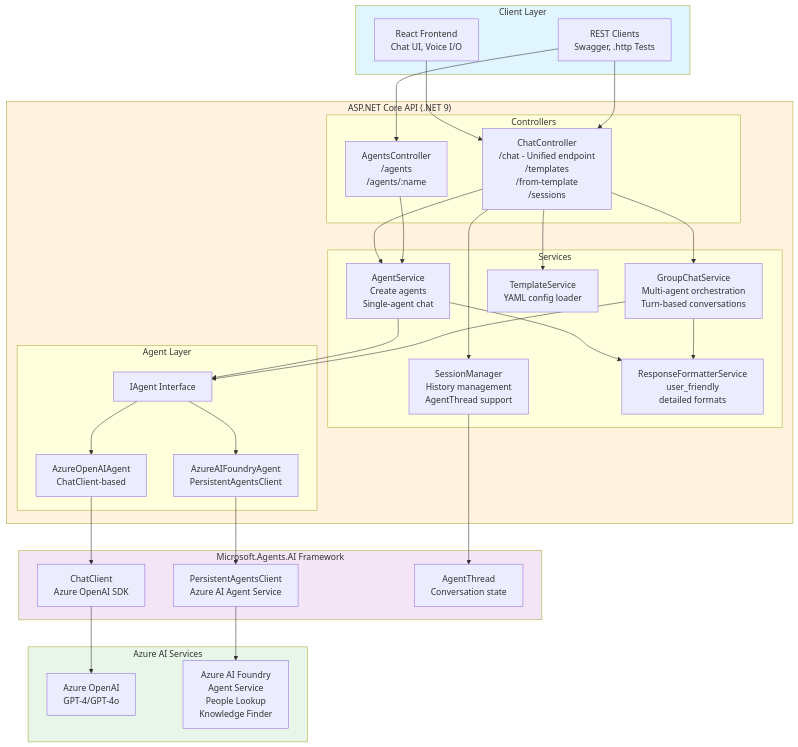
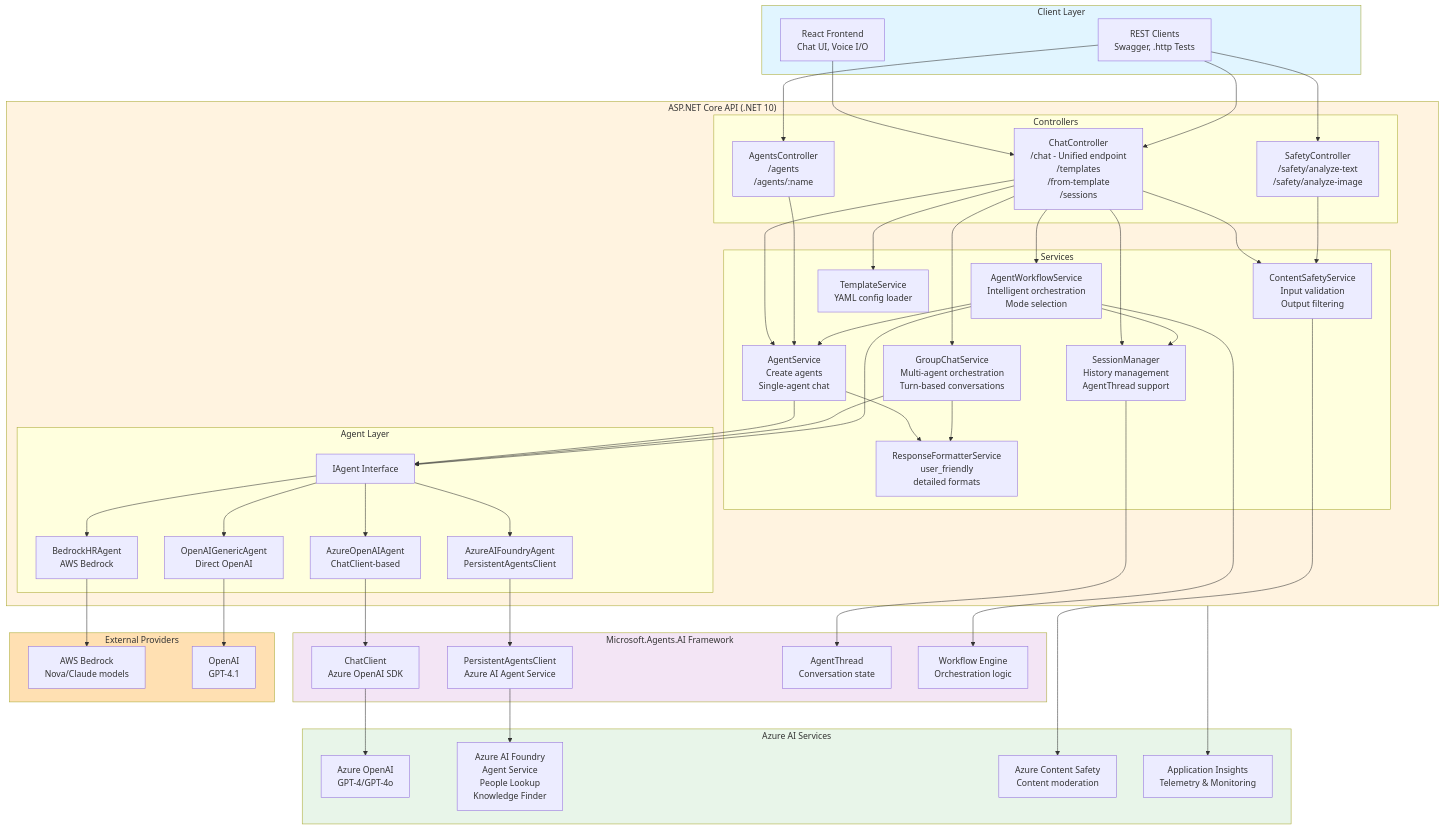
One commit to nhcloud/agentframework-workshop changed the first of 9 diagrams in Backend/dotnet/README.md. Above: the diagram before and after it, drawn with Mermaid. The commit also changed other lines of this file, not shown here.

````diff
--- a/Backend/dotnet/README.md
+++ b/Backend/dotnet/README.md
@@ -25,16 +56,19 @@
         HTTP[REST Clients<br/>Swagger, .http Tests]
     end
 
-    subgraph API["ASP.NET Core API (.NET 9)"]
+    subgraph API["ASP.NET Core API (.NET 10)"]
         subgraph Controllers
             ChatCtrl[ChatController<br/>/chat - Unified endpoint<br/>/templates<br/>/from-template<br/>/sessions]
             AgentCtrl[AgentsController<br/>/agents<br/>/agents/:name]
+            SafetyCtrl[SafetyController<br/>/safety/analyze-text<br/>/safety/analyze-image]
         end
         
         subgraph Services
             AgentSvc[AgentService<br/>Create agents<br/>Single-agent chat]
             GroupSvc[GroupChatService<br/>Multi-agent orchestration<br/>Turn-based conversations]
+            WorkflowSvc[AgentWorkflowService<br/>Intelligent orchestration<br/>Mode selection]
             SessionMgr[SessionManager<br/>History management<br/>AgentThread support]
+            ContentSafety[ContentSafetyService<br/>Input validation<br/>Output filtering]
             Formatter[ResponseFormatterService<br/>user_friendly<br/>detailed formats]
             Template[TemplateService<br/>YAML config loader]
         end
@@ -43,6 +77,8 @@
             IAgent[IAgent Interface]
             AzureOAI[AzureOpenAIAgent<br/>ChatClient-based]
             AzureFoundry[AzureAIFoundryAgent<br/>PersistentAgentsClient]
+            BedrockAgent[BedrockHRAgent<br/>AWS Bedrock]
+            OpenAIAgent[OpenAIGenericAgent<br/>Direct OpenAI]
         end
     end
     
@@ -50,41 +86,64 @@
         ChatClient[ChatClient<br/>Azure OpenAI SDK]
         PersistentClient[PersistentAgentsClient<br/>Azure AI Agent Service]
         AgentThread[AgentThread<br/>Conversation state]
+        Workflows[Workflow Engine<br/>Orchestration logic]
     end
     
     subgraph Azure["Azure AI Services"]
         OpenAI[Azure OpenAI<br/>GPT-4/GPT-4o]
         Foundry[Azure AI Foundry<br/>Agent Service<br/>People Lookup<br/>Knowledge Finder]
+        SafetyAPI[Azure Content Safety<br/>Content moderation]
+        AppInsights[Application Insights<br/>Telemetry & Monitoring]
+    end
+
+    subgraph ExternalProviders["External Providers"]
+        AWS[AWS Bedrock<br/>Nova/Claude models]
+        OpenAIDirect[OpenAI<br/>GPT-4.1]
     end
 
     UI --> ChatCtrl
     HTTP --> ChatCtrl
     HTTP --> AgentCtrl
+    HTTP --> SafetyCtrl
     
+    ChatCtrl --> WorkflowSvc
     ChatCtrl --> AgentSvc
     ChatCtrl --> GroupSvc
     ChatCtrl --> SessionMgr
     ChatCtrl --> Template
+    ChatCtrl --> ContentSafety
     AgentCtrl --> AgentSvc
+    SafetyCtrl --> ContentSafety
     
+    WorkflowSvc --> AgentSvc
+    WorkflowSvc --> SessionMgr
     AgentSvc --> Formatter
     GroupSvc --> Formatter
     
     AgentSvc --> IAgent
     GroupSvc --> IAgent
+    WorkflowSvc --> IAgent
     IAgent --> AzureOAI
     IAgent --> AzureFoundry
+    IAgent --> BedrockAgent
+    IAgent --> OpenAIAgent
     
     AzureOAI --> ChatClient
     AzureFoundry --> PersistentClient
+    WorkflowSvc --> Workflows
     
     ChatClient --> OpenAI
     PersistentClient --> Foundry
+    ContentSafety --> SafetyAPI
+    BedrockAgent --> AWS
+    OpenAIAgent --> OpenAIDirect
     
     SessionMgr --> AgentThread
+    API --> AppInsights
     
     style Client fill:#e1f5ff
     style API fill:#fff3e0
     style Framework fill:#f3e5f5
     style Azure fill:#e8f5e9
+    style ExternalProviders fill:#ffe0b2
 ```
````
